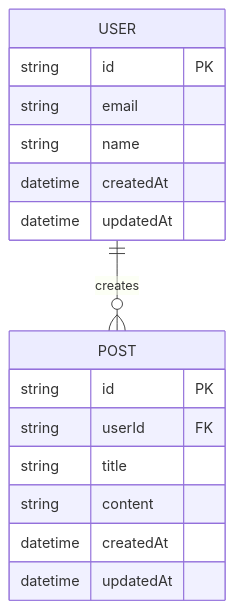
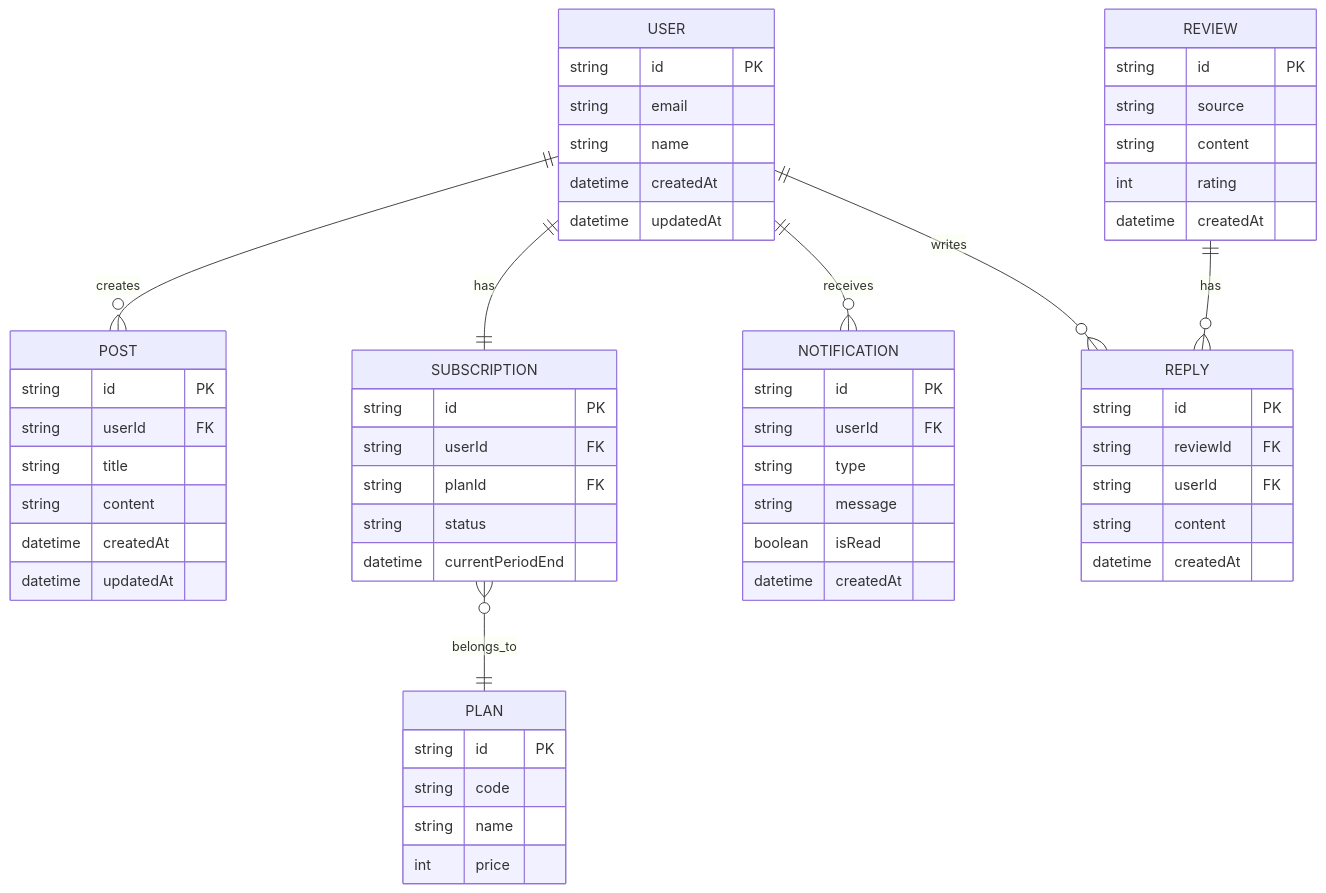
The first of 3 diagrams in docs/03_data_design.md (NK28116/web-PJ), drawn with Mermaid before and after one commit. The commit also changed other lines of this file and 7 other files, not shown here.

````diff
--- a/docs/03_data_design.md
+++ b/docs/03_data_design.md
@@ -7,19 +7,66 @@
 ```mermaid
 erDiagram
     USER ||--o{ POST : creates
+    USER ||--|| SUBSCRIPTION : has
+    SUBSCRIPTION }o--|| PLAN : belongs_to
+    USER ||--o{ NOTIFICATION : receives
+    USER ||--o{ REPLY : writes
+    REVIEW ||--o{ REPLY : has
+    
     USER {
         string id PK
         string email
         string name
         datetime createdAt
         datetime updatedAt
     }
+    
+    PLAN {
+        string id PK
+        string code
+        string name
+        int price
+    }
+
+    SUBSCRIPTION {
+        string id PK
+        string userId FK
+        string planId FK
+        string status
+        datetime currentPeriodEnd
+    }
+
     POST {
         string id PK
         string userId FK
         string title
         string content
         datetime createdAt
         datetime updatedAt
     }
+    
+    REVIEW {
+        string id PK
+        string source
+        string content
+        int rating
+        datetime createdAt
+    }
+
+    REPLY {
+        string id PK
+        string reviewId FK
+        string userId FK
+        string content
+        datetime createdAt
+    }
+
+    NOTIFICATION {
+        string id PK
+        string userId FK
+        string type
+        string message
+        boolean isRead
+        datetime createdAt
+    }
 ```
````
